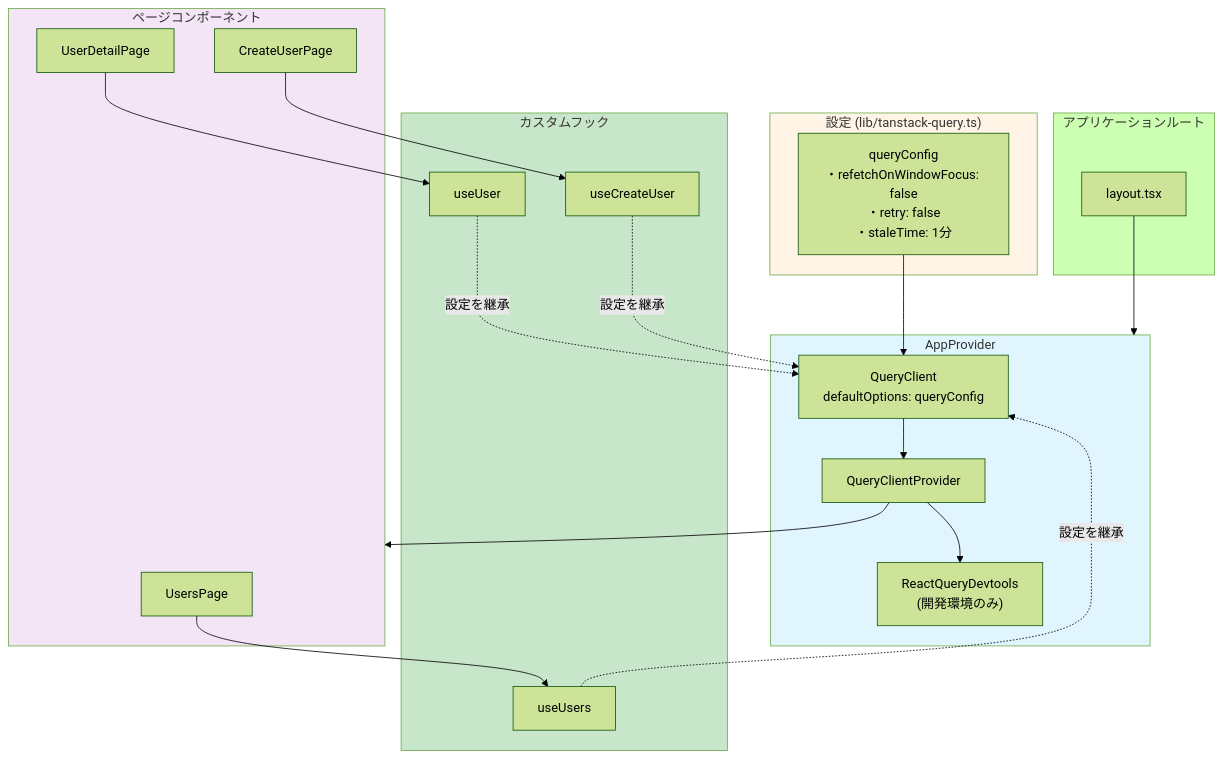
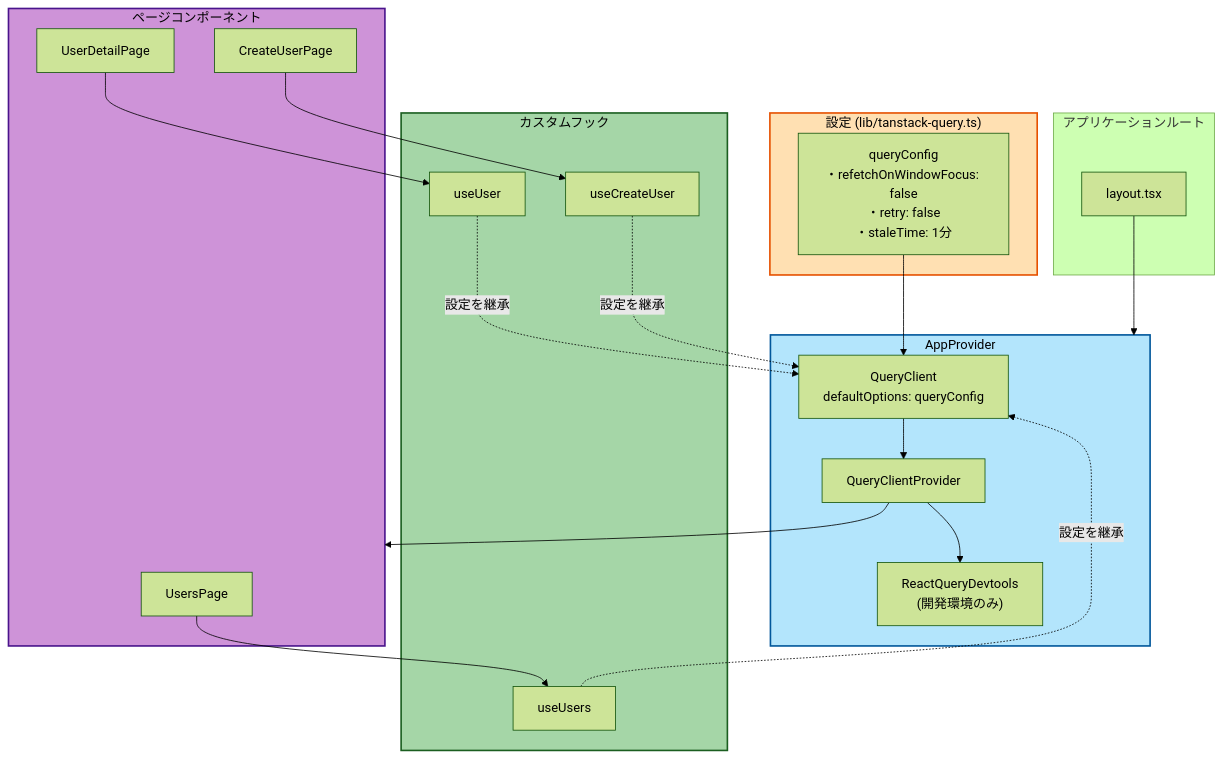
One commit to nomura-koshiro/next-app-docs changed the second of 2 diagrams in docs/03-core-concepts/07-tanstack-query.md. Above: the diagram before and after it, drawn with Mermaid (forest theme). The commit also changed other lines of this file and 190 other files, not shown here.

````diff
--- a/docs/03-core-concepts/07-tanstack-query.md
+++ b/docs/03-core-concepts/07-tanstack-query.md
@@ -190,45 +190,45 @@
 ```mermaid
 graph TB
     subgraph App["アプリケーションルート"]
         Root[layout.tsx]
     end
 
     subgraph Provider["AppProvider"]
         QueryClient["QueryClient<br/>defaultOptions: queryConfig"]
         QCP["QueryClientProvider"]
         Devtools["ReactQueryDevtools<br/>(開発環境のみ)"]
     end
 
     subgraph Config["設定 (lib/tanstack-query.ts)"]
         DefaultOpts["queryConfig<br/>・refetchOnWindowFocus: false<br/>・retry: false<br/>・staleTime: 1分"]
     end
 
     subgraph Pages["ページコンポーネント"]
         Page1[UsersPage]
         Page2[UserDetailPage]
         Page3[CreateUserPage]
     end
 
     subgraph Hooks["カスタムフック"]
         Hook1[useUsers]
         Hook2[useUser]
         Hook3[useCreateUser]
     end
 
     Root --> Provider
     DefaultOpts --> QueryClient
     QueryClient --> QCP
     QCP --> Pages
     QCP --> Devtools
     Page1 --> Hook1
     Page2 --> Hook2
     Page3 --> Hook3
     Hook1 -.設定を継承.-> QueryClient
     Hook2 -.設定を継承.-> QueryClient
     Hook3 -.設定を継承.-> QueryClient
 
-    style Config fill:#fff4e6
-    style Provider fill:#e1f5ff
-    style Pages fill:#f3e5f5
-    style Hooks fill:#c8e6c9
+    style Config fill:#ffe0b2,stroke:#e65100,stroke-width:2px,color:#000
+    style Provider fill:#b3e5fc,stroke:#01579b,stroke-width:2px,color:#000
+    style Pages fill:#ce93d8,stroke:#4a148c,stroke-width:2px,color:#000
+    style Hooks fill:#a5d6a7,stroke:#1b5e20,stroke-width:2px,color:#000
 ```
````
